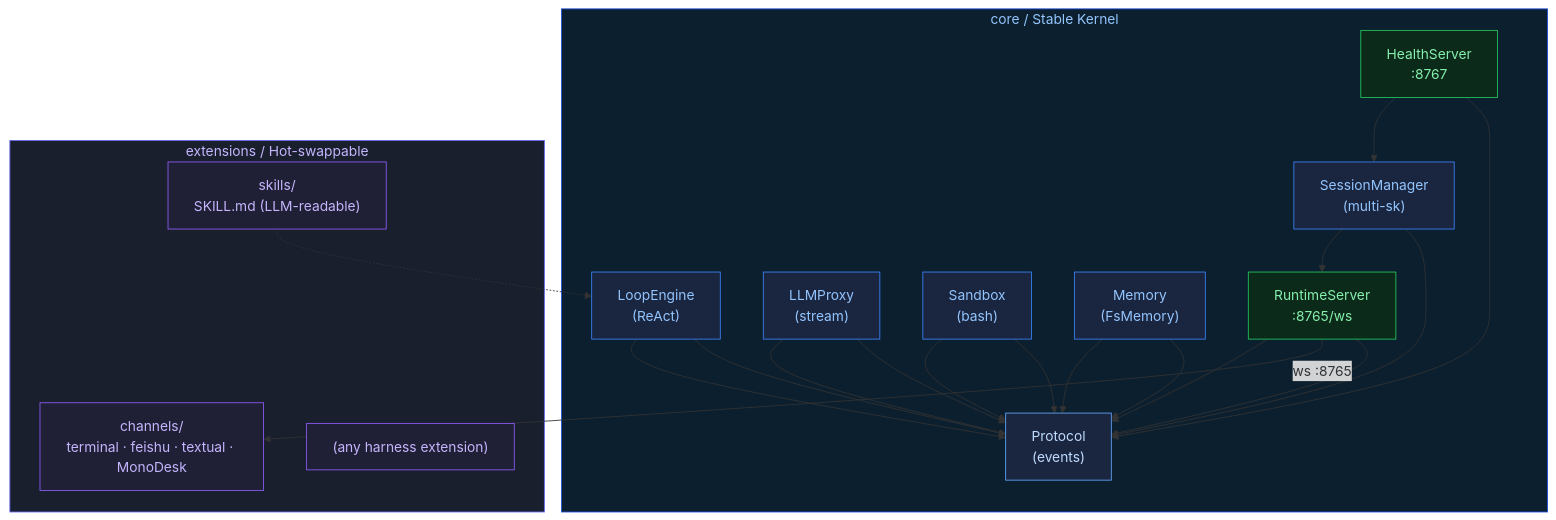
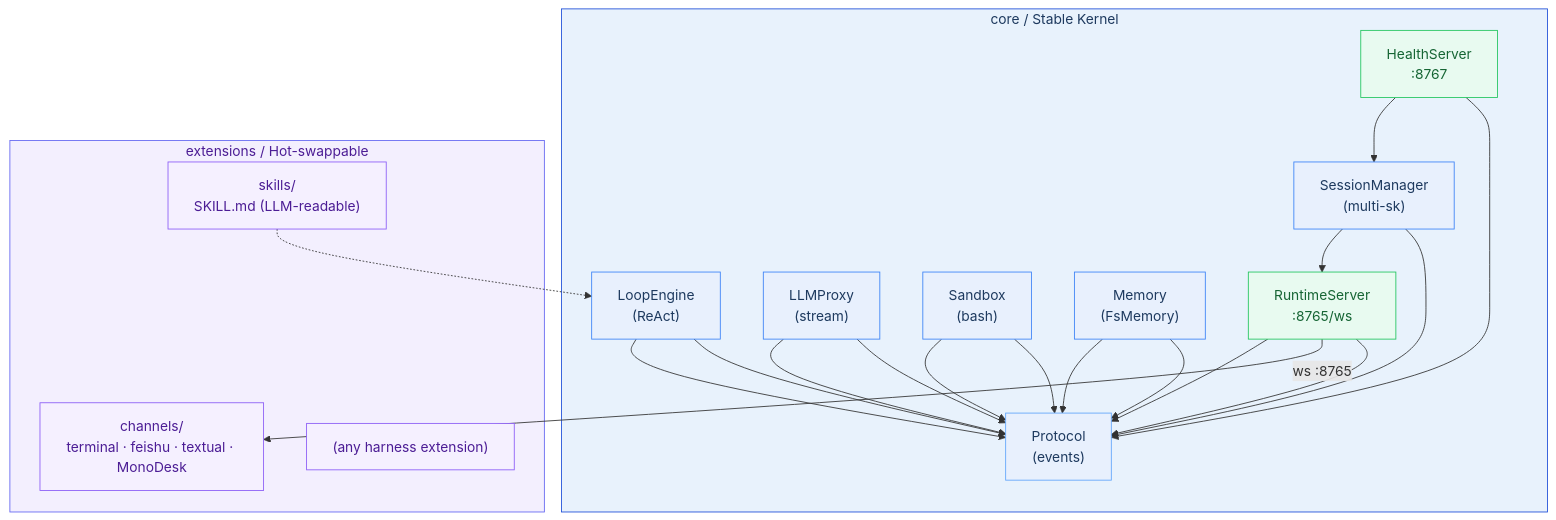
Before and after one commit to halcyonway/MonoX: the diagram in README.md, drawn with Mermaid. The commit also changed other lines of this file and 3 other files, not shown here.

Commit message:
docs: add logos (EN/ZH), fix mermaid to light theme

````diff
--- a/README.md
+++ b/README.md
@@ -19,47 +23,47 @@
 ```mermaid
 flowchart TB
     subgraph Core["core / Stable Kernel"]
         Loop["LoopEngine<br/>(ReAct)"]
         Protocol["Protocol<br/>(events)"]
         LLMP["LLMProxy<br/>(stream)"]
         Sandbox["Sandbox<br/>(bash)"]
         Memory["Memory<br/>(FsMemory)"]
         Server["RuntimeServer<br/>:8765/ws"]
         Session["SessionManager<br/>(multi-sk)"]
         Health["HealthServer<br/>:8767"]
     end
 
     Loop & LLMP & Sandbox & Memory --> Protocol
     Server & Session & Health --> Protocol
 
     subgraph Extensions["extensions / Hot-swappable"]
         Channels["channels/<br/>terminal · feishu · textual · MonoDesk"]
         Skills["skills/<br/>SKILL.md (LLM-readable)"]
         Other["(any harness extension)"]
     end
 
     Server -->|"ws :8765"| Channels
     Skills -.-> Loop
 
     Loop --> Protocol
     LLMP --> Protocol
     Sandbox --> Protocol
     Memory --> Protocol
     Server --> Protocol
     Session --> Server
     Health --> Session
 
-    style Core fill:#0c1f2e,stroke:#1d4ed8,color:#93c5fd
-    style Extensions fill:#1a1f2e,stroke:#6366f1,color:#c4b5fd
-    style Server fill:#0c2a1a,stroke:#22c55e,color:#86efac
-    style Loop fill:#1a2540,stroke:#3b82f6,color:#93c5fd
-    style LLMP fill:#1a2540,stroke:#3b82f6,color:#93c5fd
-    style Sandbox fill:#1a2540,stroke:#3b82f6,color:#93c5fd
-    style Memory fill:#1a2540,stroke:#3b82f6,color:#93c5fd
-    style Session fill:#1a2540,stroke:#3b82f6,color:#93c5fd
-    style Health fill:#0c2a1a,stroke:#22c55e,color:#86efac
-    style Protocol fill:#1a2540,stroke:#60a5fa,color:#bfdbfe
-    style Channels fill:#1f1f35,stroke:#8b5cf6,color:#c4b5fd
-    style Skills fill:#1f1f35,stroke:#8b5cf6,color:#c4b5fd
-    style Other fill:#1f1f35,stroke:#8b5cf6,color:#c4b5fd
+    style Core fill:#e8f2fc,stroke:#1d4ed8,color:#1e3a5f
+    style Extensions fill:#f3effe,stroke:#6366f1,color:#4c1d95
+    style Server fill:#e8faf0,stroke:#22c55e,color:#166534
+    style Loop fill:#e8f0fd,stroke:#3b82f6,color:#1e3a5f
+    style LLMP fill:#e8f0fd,stroke:#3b82f6,color:#1e3a5f
+    style Sandbox fill:#e8f0fd,stroke:#3b82f6,color:#1e3a5f
+    style Memory fill:#e8f0fd,stroke:#3b82f6,color:#1e3a5f
+    style Session fill:#e8f0fd,stroke:#3b82f6,color:#1e3a5f
+    style Health fill:#e8faf0,stroke:#22c55e,color:#166534
+    style Protocol fill:#e8f0fd,stroke:#60a5fa,color:#1e3a5f
+    style Channels fill:#f5f0ff,stroke:#8b5cf6,color:#4c1d95
+    style Skills fill:#f5f0ff,stroke:#8b5cf6,color:#4c1d95
+    style Other fill:#f5f0ff,stroke:#8b5cf6,color:#4c1d95
 ```
````
